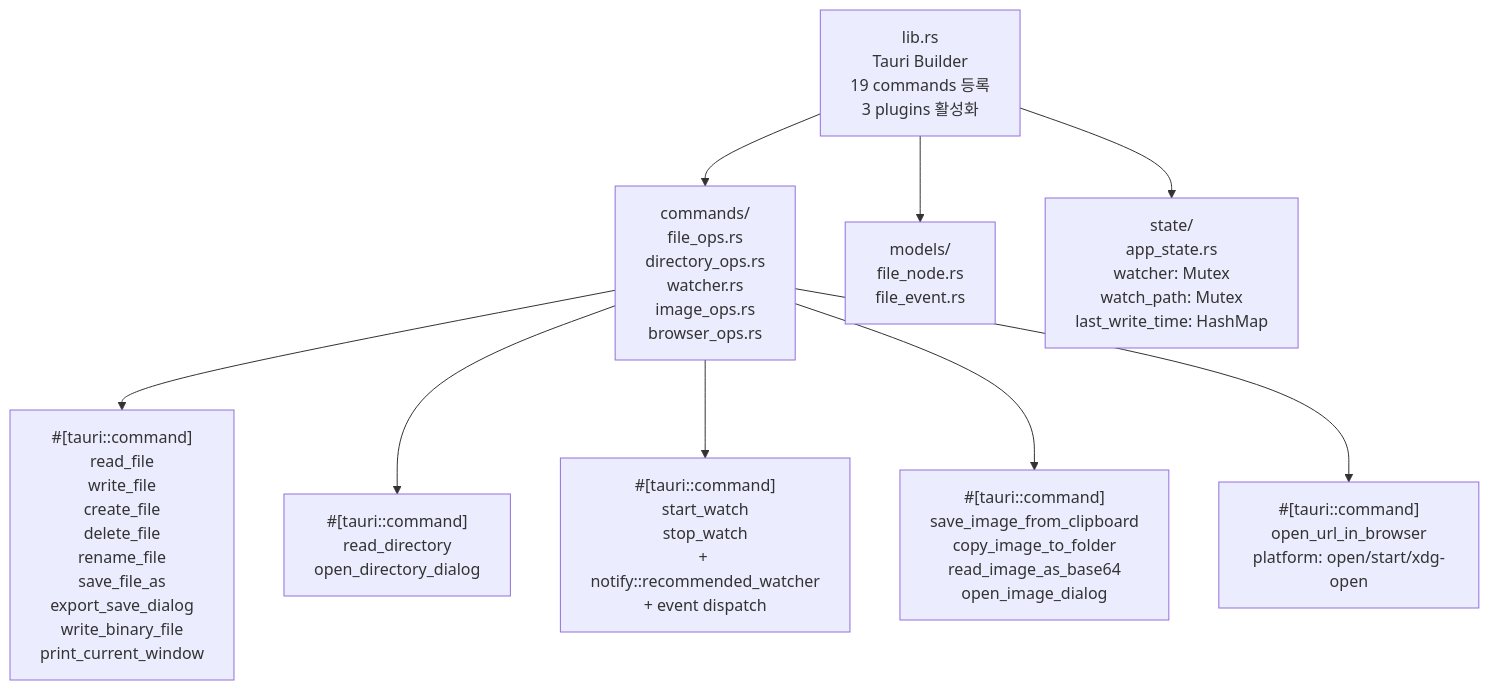
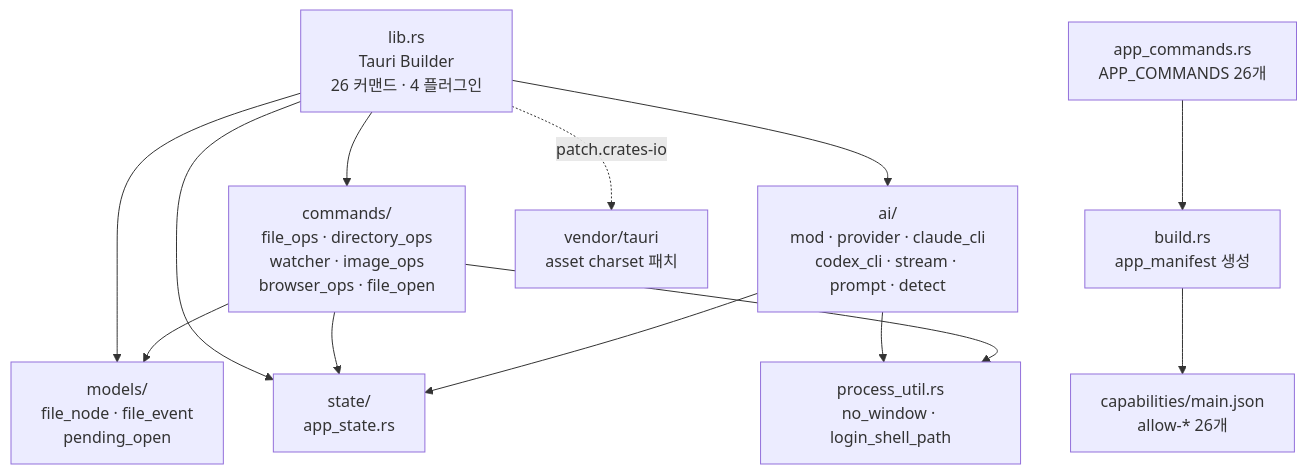
Before and after one commit to bjw202/mdedit: the first of 2 diagrams in .moai/project/codemaps/backend.md, drawn with Mermaid. The commit also changed other lines of this file and 4 other files, not shown here.

````diff
--- a/.moai/project/codemaps/backend.md
+++ b/.moai/project/codemaps/backend.md
@@ -8,30 +10,28 @@
 ```mermaid
 graph TD
-    A["lib.rs<br/>Tauri Builder<br/>19 commands 등록<br/>3 plugins 활성화"]
-    
-    B["commands/<br/>file_ops.rs<br/>directory_ops.rs<br/>watcher.rs<br/>image_ops.rs<br/>browser_ops.rs"]
-    
-    C["models/<br/>file_node.rs<br/>file_event.rs"]
-    
-    D["state/<br/>app_state.rs<br/>watcher: Mutex<br/>watch_path: Mutex<br/>last_write_time: HashMap"]
-    
+    A["lib.rs<br/>Tauri Builder<br/>26 커맨드 · 4 플러그인"]
+
+    B["commands/<br/>file_ops · directory_ops<br/>watcher · image_ops<br/>browser_ops · file_open"]
+    C["ai/<br/>mod · provider · claude_cli<br/>codex_cli · stream · prompt · detect"]
+    D["models/<br/>file_node · file_event<br/>pending_open"]
+    E["state/<br/>app_state.rs"]
+    F["process_util.rs<br/>no_window · login_shell_path"]
+
+    G["app_commands.rs<br/>APP_COMMANDS 26개"]
+    H["build.rs<br/>app_manifest 생성"]
+    I["capabilities/main.json<br/>allow-* 26개"]
+    J["vendor/tauri<br/>asset charset 패치"]
+
     A --> B
     A --> C
     A --> D
-    
-    B1["#[tauri::command]<br/>read_file<br/>write_file<br/>create_file<br/>delete_file<br/>rename_file<br/>save_file_as<br/>export_save_dialog<br/>write_binary_file<br/>print_current_window"]
-    
-    B2["#[tauri::command]<br/>read_directory<br/>open_directory_dialog"]
-    
-    B3["#[tauri::command]<br/>start_watch<br/>stop_watch<br/>+ notify::recommended_watcher<br/>+ event dispatch"]
-    
-    B4["#[tauri::command]<br/>save_image_from_clipboard<br/>copy_image_to_folder<br/>read_image_as_base64<br/>open_image_dialog"]
-    
-    B5["#[tauri::command]<br/>open_url_in_browser<br/>platform: open/start/xdg-open"]
-    
-    B --> B1
-    B --> B2
-    B --> B3
-    B --> B4
-    B --> B5
+    A --> E
+    B --> D
+    B --> E
+    C --> E
+    C --> F
+    B --> F
+    G --> H
+    H --> I
+    A -.->|"patch.crates-io"| J
 ```
````
